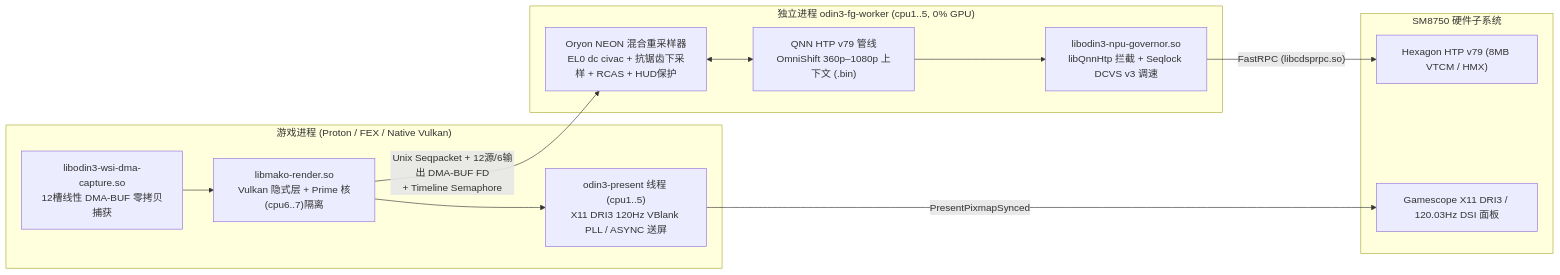
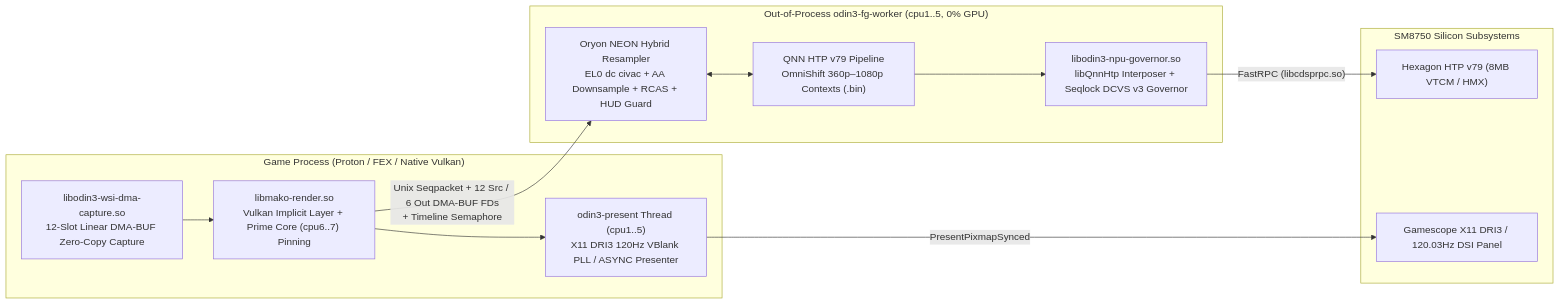
The diagram in README.md (54pkp/Odin3-FG-NPU), drawn with Mermaid before and after one commit. The commit also changed other lines of this file and 1 other file, not shown here.

````diff
--- a/README.md
+++ b/README.md
@@ -167,25 +169,25 @@
 ```mermaid
 flowchart LR
-    subgraph GameProc["游戏进程 (Proton / FEX / Native Vulkan)"]
-        WSI["libodin3-wsi-dma-capture.so<br/>12槽线性 DMA-BUF 零拷贝捕获"]
-        Layer["libmako-render.so<br/>Vulkan 隐式层 + Prime 核(cpu6..7)隔离"]
-        Presenter["odin3-present 线程 (cpu1..5)<br/>X11 DRI3 120Hz VBlank PLL / ASYNC 送屏"]
+    subgraph GameProc["Game Process (Proton / FEX / Native Vulkan)"]
+        WSI["libodin3-wsi-dma-capture.so<br/>12-Slot Linear DMA-BUF Zero-Copy Capture"]
+        Layer["libmako-render.so<br/>Vulkan Implicit Layer + Prime Core (cpu6..7) Pinning"]
+        Presenter["odin3-present Thread (cpu1..5)<br/>X11 DRI3 120Hz VBlank PLL / ASYNC Presenter"]
         WSI --> Layer --> Presenter
     end
 
-    subgraph WorkerProc["独立进程 odin3-fg-worker (cpu1..5, 0% GPU)"]
-        Scaler["Oryon NEON 混合重采样器<br/>EL0 dc civac + 抗锯齿下采样 + RCAS + HUD保护"]
-        QNN["QNN HTP v79 管线<br/>OmniShift 360p–1080p 上下文 (.bin)"]
-        Gov["libodin3-npu-governor.so<br/>libQnnHtp 拦截 + Seqlock DCVS v3 调速"]
+    subgraph WorkerProc["Out-of-Process odin3-fg-worker (cpu1..5, 0% GPU)"]
+        Scaler["Oryon NEON Hybrid Resampler<br/>EL0 dc civac + AA Downsample + RCAS + HUD Guard"]
+        QNN["QNN HTP v79 Pipeline<br/>OmniShift 360p–1080p Contexts (.bin)"]
+        Gov["libodin3-npu-governor.so<br/>libQnnHtp Interposer + Seqlock DCVS v3 Governor"]
         Scaler <--> QNN --> Gov
     end
 
-    subgraph Hardware["SM8750 硬件子系统"]
+    subgraph Hardware["SM8750 Silicon Subsystems"]
         NPU["Hexagon HTP v79 (8MB VTCM / HMX)"]
-        Disp["Gamescope X11 DRI3 / 120.03Hz DSI 面板"]
+        Disp["Gamescope X11 DRI3 / 120.03Hz DSI Panel"]
     end
 
-    Layer -- "Unix Seqpacket + 12源/6输出 DMA-BUF FD<br/>+ Timeline Semaphore" --> Scaler
+    Layer -- "Unix Seqpacket + 12 Src / 6 Out DMA-BUF FDs<br/>+ Timeline Semaphore" --> Scaler
     Gov -- "FastRPC (libcdsprpc.so)" --> NPU
     Presenter -- "PresentPixmapSynced" --> Disp
 ```
````
